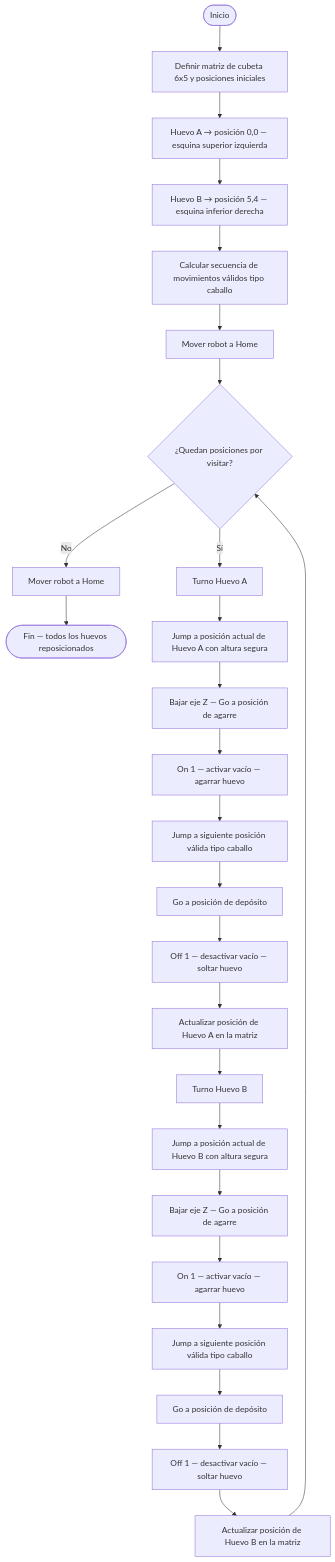
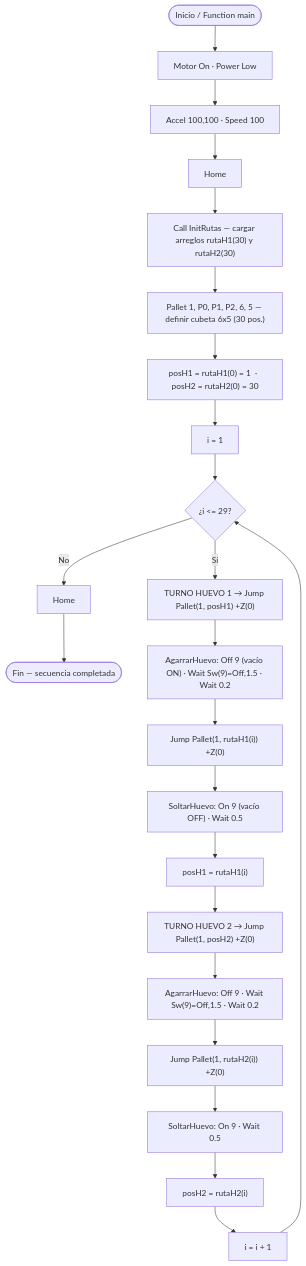
The diagram in Laboratorio No. 03 - Robótica Industrial EPSON T3 401S y EPSON RC+/README.MD (labsir-un/Robotica-2026-I-Equipo-2E-Mora-Pacheco-Pinilla), drawn with Mermaid before and after one commit. The commit also changed other lines of this file, not shown here.

````diff
--- a/Laboratorio No. 03 - Robótica Industrial EPSON T3 401S y EPSON RC+/README.MD
+++ b/Laboratorio No. 03 - Robótica Industrial EPSON T3 401S y EPSON RC+/README.MD
@@ -268,31 +295,27 @@
 ```mermaid
 flowchart TD
-    A([Inicio]) --> B[Definir matriz de cubeta 6x5 y posiciones iniciales]
-    B --> C["Huevo A → posición 0,0 — esquina superior izquierda"]
-    C --> D["Huevo B → posición 5,4 — esquina inferior derecha"]
-    D --> E[Calcular secuencia de movimientos válidos tipo caballo]
-    E --> F[Mover robot a Home]
+    A([Inicio / Function main]) --> B[Motor On · Power Low]
+    B --> C[Accel 100,100 · Speed 100]
+    C --> D[Home]
+    D --> E["Call InitRutas — cargar arreglos rutaH1(30) y rutaH2(30)"]
+    E --> F["Pallet 1, P0, P1, P2, 6, 5 — definir cubeta 6x5 (30 pos.)"]
+    F --> G["posH1 = rutaH1(0) = 1  ·  posH2 = rutaH2(0) = 30"]
+    G --> H["i = 1"]
+    H --> I{¿i &lt;= 29?}
+    I -- No --> Y[Home]
+    Y --> Z([Fin — secuencia completada])
 
-    F --> G{¿Quedan posiciones por visitar?}
-    G -- No --> Z[Mover robot a Home]
-    Z --> AA([Fin — todos los huevos reposicionados])
+    I -- Sí --> J["TURNO HUEVO 1 → Jump Pallet(1, posH1) +Z(0)"]
+    J --> K["AgarrarHuevo: Off 9 (vacío ON) · Wait Sw(9)=Off,1.5 · Wait 0.2"]
+    K --> L["Jump Pallet(1, rutaH1(i)) +Z(0)"]
+    L --> M["SoltarHuevo: On 9 (vacío OFF) · Wait 0.5"]
+    M --> N["posH1 = rutaH1(i)"]
 
-    G -- Sí --> H[Turno Huevo A]
-    H --> I[Jump a posición actual de Huevo A con altura segura]
-    I --> J[Bajar eje Z — Go a posición de agarre]
-    J --> K[On 1 — activar vacío — agarrar huevo]
-    K --> L[Jump a siguiente posición válida tipo caballo]
-    L --> M[Go a posición de depósito]
-    M --> N[Off 1 — desactivar vacío — soltar huevo]
-    N --> O[Actualizar posición de Huevo A en la matriz]
-
-    O --> P[Turno Huevo B]
-    P --> Q[Jump a posición actual de Huevo B con altura segura]
-    Q --> R[Bajar eje Z — Go a posición de agarre]
-    R --> S[On 1 — activar vacío — agarrar huevo]
-    S --> T[Jump a siguiente posición válida tipo caballo]
-    T --> U[Go a posición de depósito]
-    U --> V[Off 1 — desactivar vacío — soltar huevo]
-    V --> W[Actualizar posición de Huevo B en la matriz]
-    W --> G
+    N --> O["TURNO HUEVO 2 → Jump Pallet(1, posH2) +Z(0)"]
+    O --> P["AgarrarHuevo: Off 9 · Wait Sw(9)=Off,1.5 · Wait 0.2"]
+    P --> Q["Jump Pallet(1, rutaH2(i)) +Z(0)"]
+    Q --> R["SoltarHuevo: On 9 · Wait 0.5"]
+    R --> S["posH2 = rutaH2(i)"]
+    S --> T["i = i + 1"]
+    T --> I
 ```
````
